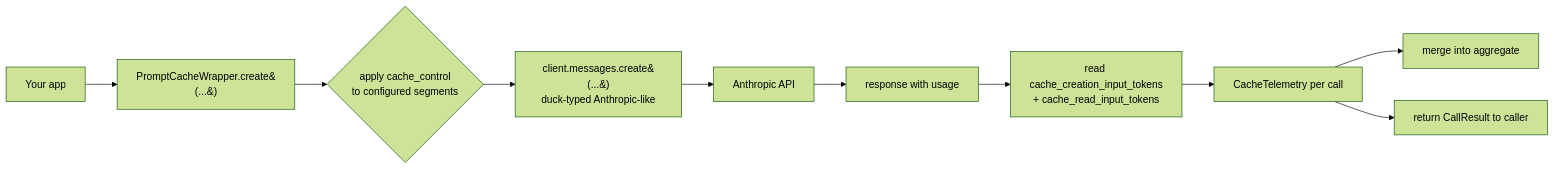
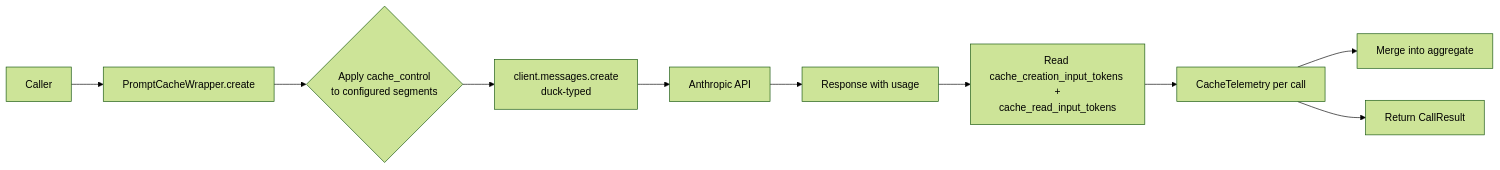
Before and after one commit to jt-mchorse/llm-cost-optimizer: the second of 7 diagrams in docs/architecture.md, drawn with Mermaid (forest theme). The commit also changed other lines of this file and 3 other files, not shown here.

First line of the commit message:
docs(architecture): cover all five shipped layers + live-API posture (#13) (#14)

````diff
--- a/docs/architecture.md
+++ b/docs/architecture.md
@@ -9,12 +66,12 @@
 ```mermaid
 flowchart LR
-    A[Your app] --> B[PromptCacheWrapper.create&#40;...&#41;]
-    B --> C{apply cache_control<br/>to configured segments}
-    C --> D[client.messages.create&#40;...&#41;<br/>duck-typed Anthropic-like]
-    D --> E[Anthropic API]
-    E --> F[response with usage]
-    F --> G[read cache_creation_input_tokens<br/>+ cache_read_input_tokens]
-    G --> H[CacheTelemetry per call]
-    H --> I[merge into aggregate]
-    H --> J[return CallResult to caller]
+    A[Caller] --> W[PromptCacheWrapper.create]
+    W --> CT{Apply cache_control<br/>to configured segments}
+    CT --> M[client.messages.create<br/>duck-typed]
+    M --> API[Anthropic API]
+    API --> R[Response with usage]
+    R --> TT[Read cache_creation_input_tokens +<br/>cache_read_input_tokens]
+    TT --> TEL[CacheTelemetry per call]
+    TEL --> AGG[Merge into aggregate]
+    TEL --> RES[Return CallResult]
 ```
````
